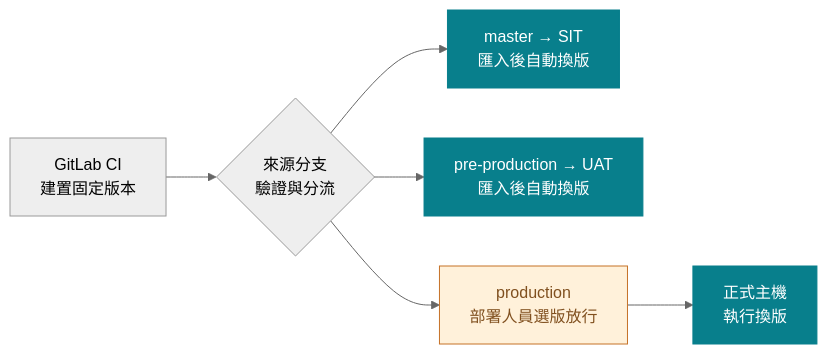
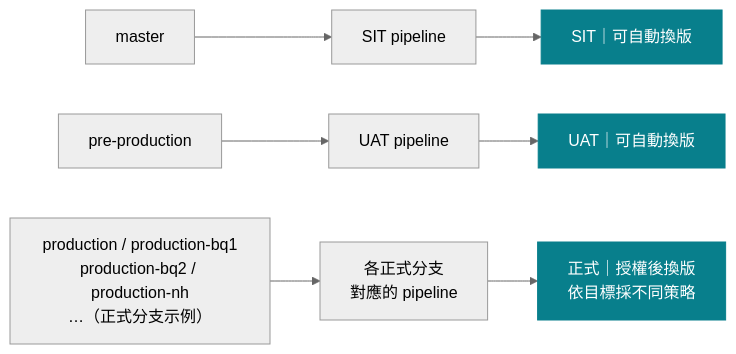
The diagram in docs/presentations/diagrams/environment-approval.mmd (cyljacky02/gitlab-win-cicd), drawn with Mermaid (neutral theme) before and after one commit. The commit also changed 13 other files, not shown here.

Commit message:
docs: align release flow colors and clarify branch-specific deployment strategies

```diff
--- a/docs/presentations/diagrams/environment-approval.mmd
+++ b/docs/presentations/diagrams/environment-approval.mmd
@@ -1,25 +1,29 @@
 flowchart LR
 %% @name environment-approval
- A["GitLab CI<br/>建置固定版本"]
- B{"來源分支<br/>驗證與分流"}
- C["master → SIT<br/>匯入後自動換版"]
- D["pre-production → UAT<br/>匯入後自動換版"]
- E["production<br/>部署人員選版放行"]
- F["正式主機<br/>執行換版"]
-%% @node A 0 90 195 85
-%% @node B 250 85 190 95
-%% @node C 555 0 325 75
-%% @node D 555 95 325 75
-%% @node E 505 190 215 80
-%% @node F 760 190 120 80
-%% @route B C 480 132 480 37
-%% @route B E 460 132 460 230
-A --> B
-B --> C
-B --> D
+ A["master"]
+ B["pre-production"]
+ C["production / production-bq1<br/>production-bq2 / production-nh<br/>…（正式分支示例）"]
+ D["SIT pipeline"]
+ E["UAT pipeline"]
+ F["各正式分支<br/>對應的 pipeline"]
+ G["SIT｜可自動換版"]
+ H["UAT｜可自動換版"]
+ I["正式｜授權後換版<br/>依目標採不同策略"]
+%% @node A 0 0 330 65
+%% @node B 0 85 330 65
+%% @node C 0 170 330 110
+%% @node D 375 0 225 65
+%% @node E 375 85 225 65
+%% @node F 375 170 225 110
+%% @node G 645 0 235 65
+%% @node H 645 85 235 65
+%% @node I 645 170 235 110
+A --> D
+D --> G
 B --> E
-E --> F
-class C,D,F target
-class E control
+E --> H
+C --> F
+F --> I
+class G,H,I target
 classDef control fill:#FFF1DA,color:#80501F,stroke:#C57227
 classDef target fill:#087F8C,color:#ffffff,stroke:#087F8C
```
